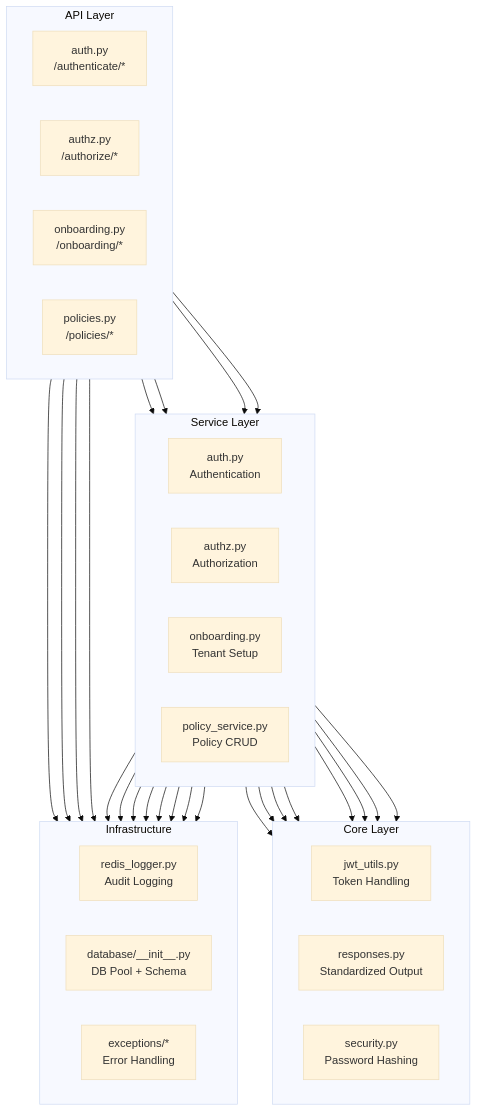
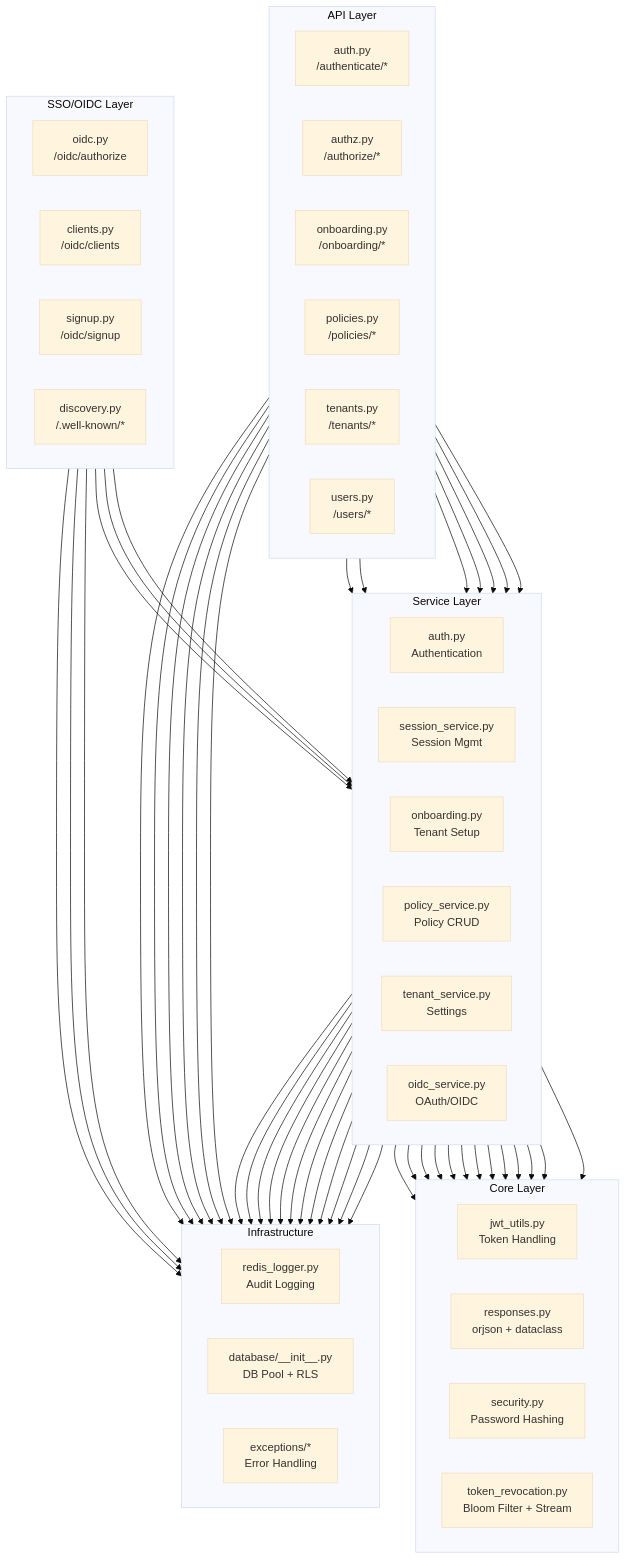
One commit to Merrick1307/identity-access-management-system changed diagram 12 of 15 in ARCHITECTURE.md. Above: the diagram before and after it, drawn with Mermaid (base theme). The commit also changed other lines of this file and 134 other files, not shown here.

````diff
--- a/ARCHITECTURE.md
+++ b/ARCHITECTURE.md
@@ -427,45 +427,63 @@
 ```mermaid
 flowchart TB
     subgraph "API Layer"
         direction LR
         R1[auth.py<br/>/authenticate/*]
         R2[authz.py<br/>/authorize/*]
         R3[onboarding.py<br/>/onboarding/*]
         R4[policies.py<br/>/policies/*]
+        R5[tenants.py<br/>/tenants/*]
+        R6[users.py<br/>/users/*]
+    end
+    
+    subgraph "SSO/OIDC Layer"
+        direction LR
+        O1[oidc.py<br/>/oidc/authorize]
+        O2[clients.py<br/>/oidc/clients]
+        O3[signup.py<br/>/oidc/signup]
+        O4[discovery.py<br/>/.well-known/*]
     end
     
     subgraph "Service Layer"
         direction LR
         S1[auth.py<br/>Authentication]
-        S2[authz.py<br/>Authorization]
+        S2[session_service.py<br/>Session Mgmt]
         S3[onboarding.py<br/>Tenant Setup]
         S4[policy_service.py<br/>Policy CRUD]
+        S5[tenant_service.py<br/>Settings]
+        S6[oidc_service.py<br/>OAuth/OIDC]
     end
     
     subgraph "Core Layer"
         direction LR
         C1[jwt_utils.py<br/>Token Handling]
-        C2[responses.py<br/>Standardized Output]
+        C2[responses.py<br/>orjson + dataclass]
         C3[security.py<br/>Password Hashing]
+        C4[token_revocation.py<br/>Bloom Filter + Stream]
     end
     
     subgraph "Infrastructure"
         direction LR
         I1[redis_logger.py<br/>Audit Logging]
-        I2[database/__init__.py<br/>DB Pool + Schema]
+        I2[database/__init__.py<br/>DB Pool + RLS]
         I3[exceptions/*<br/>Error Handling]
     end
     
-    R1 --> S1
-    R2 --> S2
+    R1 --> S1 & S2
+    R2 --> S1
     R3 --> S3
     R4 --> S4
+    R5 --> S5
+    R6 --> S1
     
-    S1 & S2 --> C1
-    S1 & S2 & S3 & S4 --> C2
+    O1 & O2 & O3 --> S6
+    
+    S1 & S2 & S6 --> C1
+    S1 & S2 & S3 & S4 & S5 & S6 --> C2
     S1 & S3 --> C3
+    S1 & S2 --> C4
     
-    S1 & S2 & S3 & S4 --> I1
-    S1 & S2 & S3 & S4 --> I2
-    R1 & R2 & R3 & R4 --> I3
+    S1 & S2 & S3 & S4 & S5 & S6 --> I1
+    S1 & S2 & S3 & S4 & S5 & S6 --> I2
+    R1 & R2 & R3 & R4 & R5 & R6 & O1 & O2 & O3 --> I3
 ```
````
